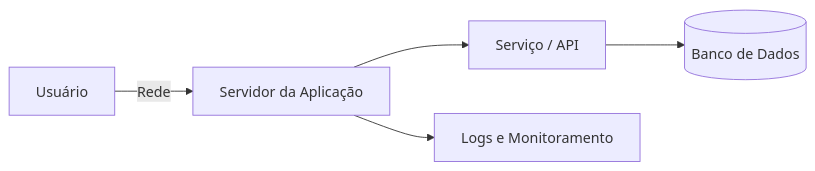
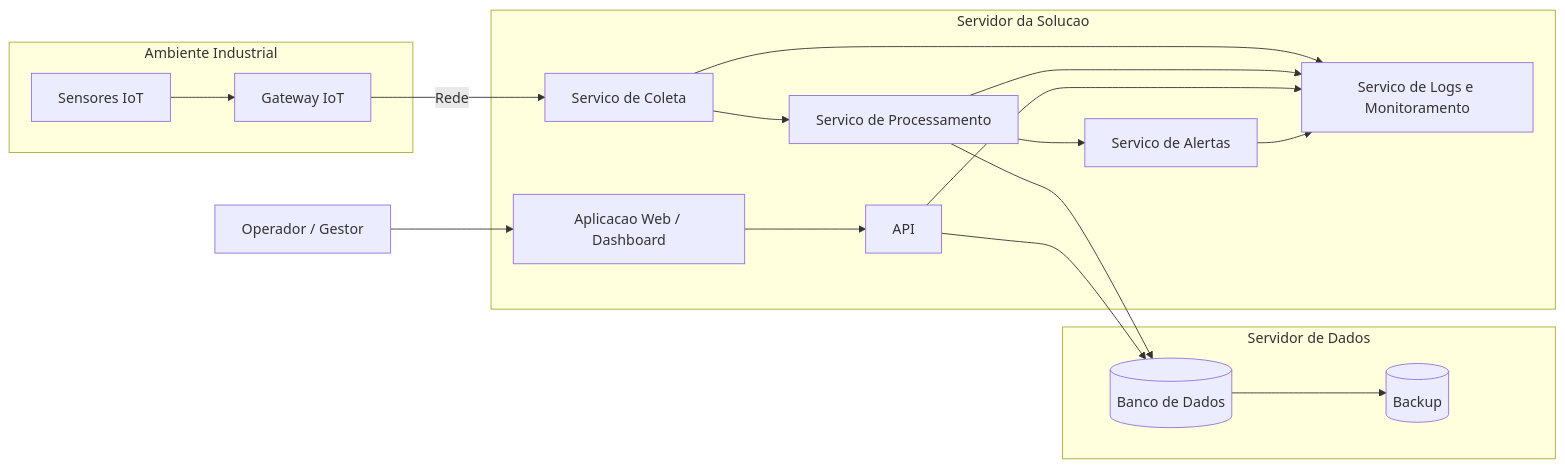
One commit to luanhideky/fatec-iso001-2026-2-squad-equipe10 changed the diagram in diagrams/deployment.mmd. Above: the diagram before and after it, drawn with Mermaid.

Commit message:
docs: atualiza diagrama de deployment da solucao IoT

```diff
--- a/diagrams/deployment.mmd
+++ b/diagrams/deployment.mmd
@@ -1,8 +1,43 @@
-%% Diagrama de Deployment
-%% Será detalhado após a definição do tema pela squad.
+flowchart LR
 
-flowchart LR
-    A[Usuário] -->|Rede| B[Servidor da Aplicação]
-    B --> C[Serviço / API]
-    C --> D[(Banco de Dados)]
-    B --> E[Logs e Monitoramento]
+    SEN[Sensores IoT]
+    GW[Gateway IoT]
+
+    subgraph EDGE["Ambiente Industrial"]
+        SEN
+        GW
+    end
+
+    subgraph SRV["Servidor da Solucao"]
+        COL[Servico de Coleta]
+        PROC[Servico de Processamento]
+        API[API]
+        APP[Aplicacao Web / Dashboard]
+        ALT[Servico de Alertas]
+        LOG[Servico de Logs e Monitoramento]
+    end
+
+    subgraph DATA["Servidor de Dados"]
+        DB[(Banco de Dados)]
+        BK[(Backup)]
+    end
+
+    USER[Operador / Gestor]
+
+    SEN --> GW
+    GW -->|Rede| COL
+
+    COL --> PROC
+    PROC --> DB
+    PROC --> ALT
+
+    USER --> APP
+    APP --> API
+    API --> DB
+
+    COL --> LOG
+    PROC --> LOG
+    API --> LOG
+    ALT --> LOG
+
+    DB --> BK
```
